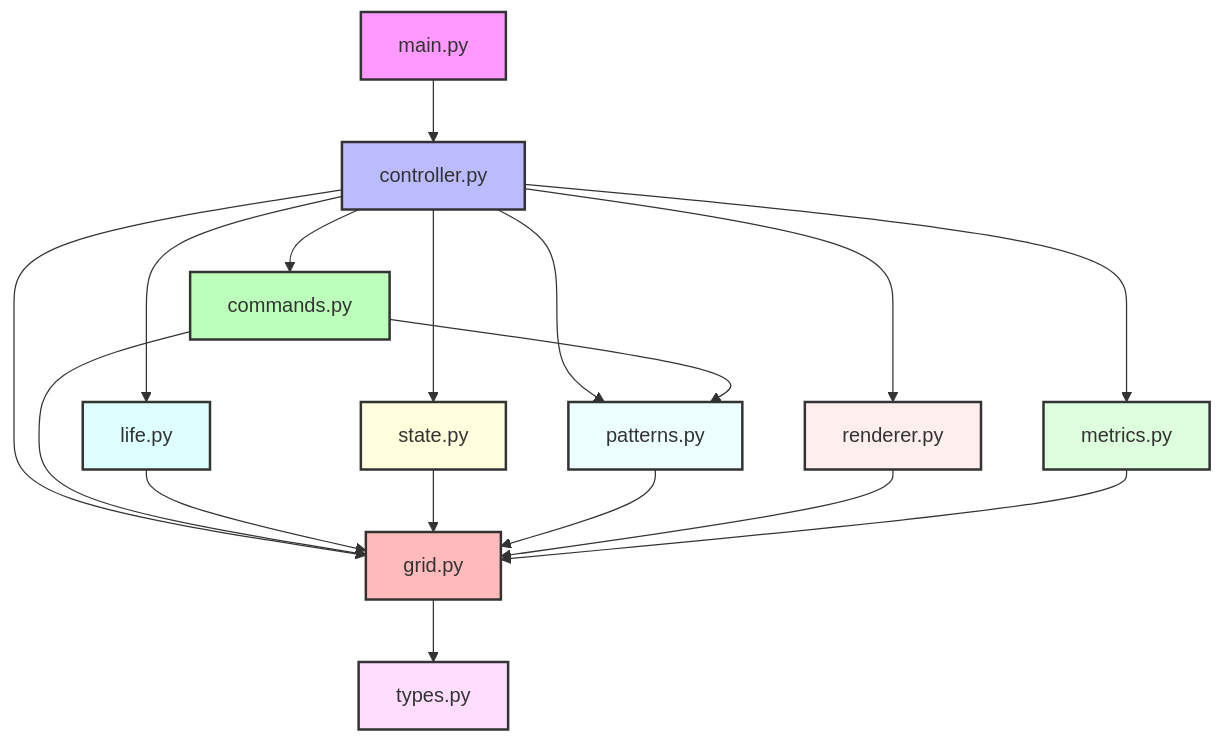
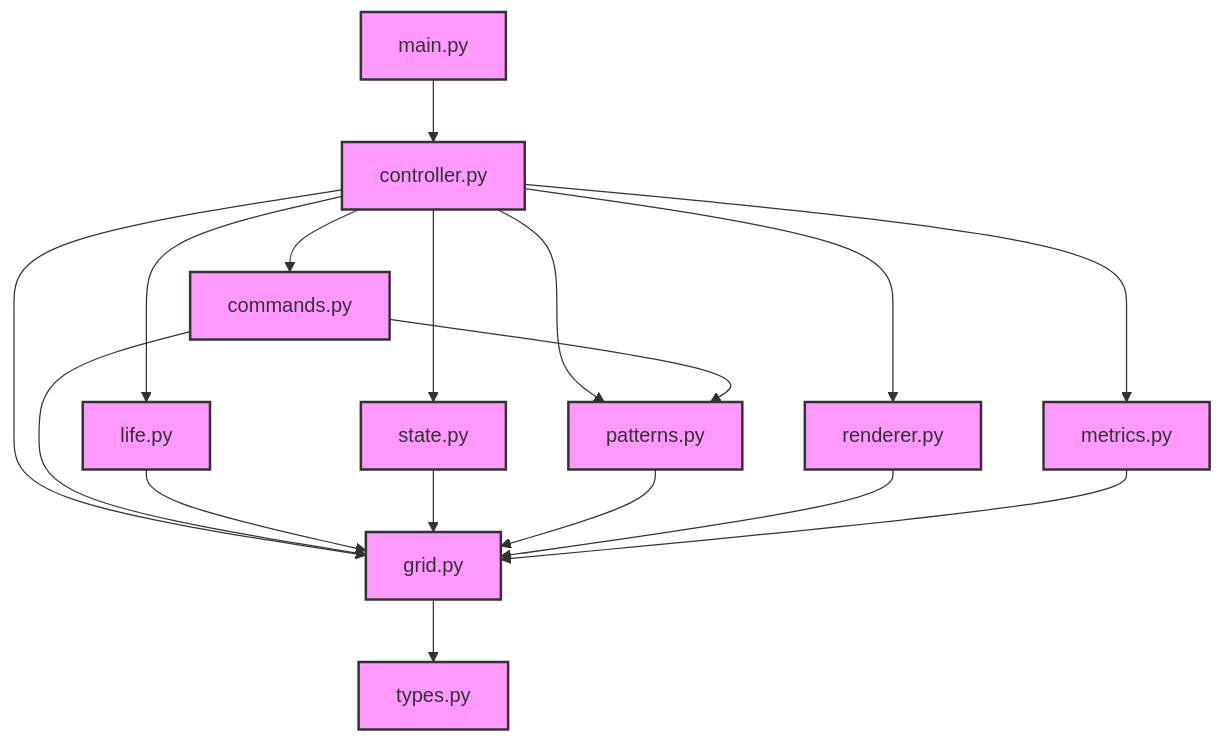
Before and after one commit to dewe/py-gol: the diagram in docs/dependencies.md, drawn with Mermaid. The commit also changed other lines of this file and 6 other files, not shown here.

````diff
--- a/docs/dependencies.md
+++ b/docs/dependencies.md
@@ -24,30 +22,22 @@
 ```mermaid
 graph TD
     A[main.py] --> B[controller.py]
     B --> C[commands.py]
     B --> D[grid.py]
     B --> E[life.py]
     B --> F[state.py]
     B --> G[patterns.py]
     B --> H[renderer.py]
     B --> I[metrics.py]
     C --> D
     C --> G
     D --> J[types.py]
     E --> D
     F --> D
     G --> D
     H --> D
     I --> D
-    
-    style A fill:#f9f,stroke:#333,stroke-width:2px
-    style B fill:#bbf,stroke:#333,stroke-width:2px
-    style C fill:#bfb,stroke:#333,stroke-width:2px
-    style D fill:#fbb,stroke:#333,stroke-width:2px
-    style E fill:#dff,stroke:#333,stroke-width:2px
-    style F fill:#ffd,stroke:#333,stroke-width:2px
-    style G fill:#eff,stroke:#333,stroke-width:2px
-    style H fill:#fee,stroke:#333,stroke-width:2px
-    style I fill:#dfd,stroke:#333,stroke-width:2px
-    style J fill:#fdf,stroke:#333,stroke-width:2px
+
+    classDef module fill:#f9f,stroke:#333,stroke-width:2px
+    class A,B,C,D,E,F,G,H,I,J module
 ```
````
